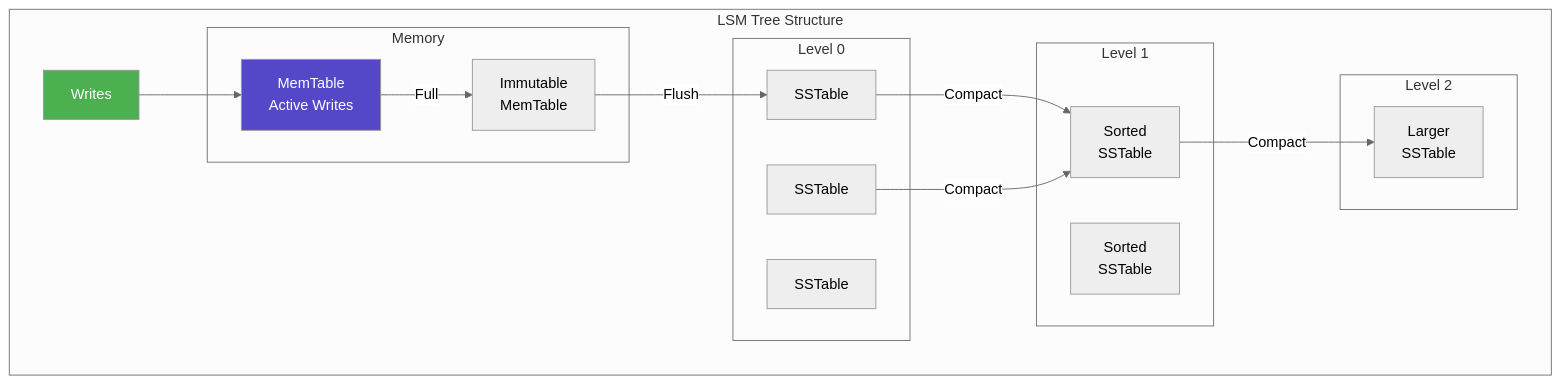
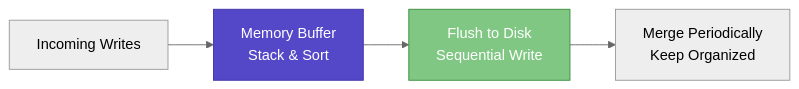
The first of 6 diagrams in docs/pattern-library/data-management/lsm-tree.md (deepaucksharma/DStudio), drawn with Mermaid (neutral theme) before and after one commit. The commit also changed other lines of this file and 23 other files, not shown here.

````diff
--- a/docs/pattern-library/data-management/lsm-tree.md
+++ b/docs/pattern-library/data-management/lsm-tree.md
@@ -76,35 +83,9 @@
 ```mermaid
-graph TB
- subgraph "LSM Tree Structure"
- subgraph "Memory"
- MT[MemTable<br/>Active Writes]
- IMT[Immutable<br/>MemTable]
- end
- 
- subgraph "Level 0"
- L0F1[SSTable]
- L0F2[SSTable]
- L0F3[SSTable]
- end
- 
- subgraph "Level 1"
- L1F1[Sorted<br/>SSTable]
- L1F2[Sorted<br/>SSTable]
- end
- 
- subgraph "Level 2"
- L2F1[Larger<br/>SSTable]
- end
- 
- Write[Writes] --> MT
- MT -->|Full| IMT
- IMT -->|Flush| L0F1
- 
- L0F1 -->|Compact| L1F1
- L0F2 -->|Compact| L1F1
- L1F1 -->|Compact| L2F1
- end
- 
- style MT fill:#5448C8,color:#fff
- style Write fill:#4CAF50,color:#fff
+graph LR
+    A[Incoming Writes] --> B[Memory Buffer<br/>Stack & Sort]
+    B --> C[Flush to Disk<br/>Sequential Write]
+    C --> D[Merge Periodically<br/>Keep Organized]
+    
+    style B fill:#5448C8,stroke:#3f33a6,color:#fff
+    style C fill:#81c784,stroke:#388e3c,color:#fff
 ```
````
